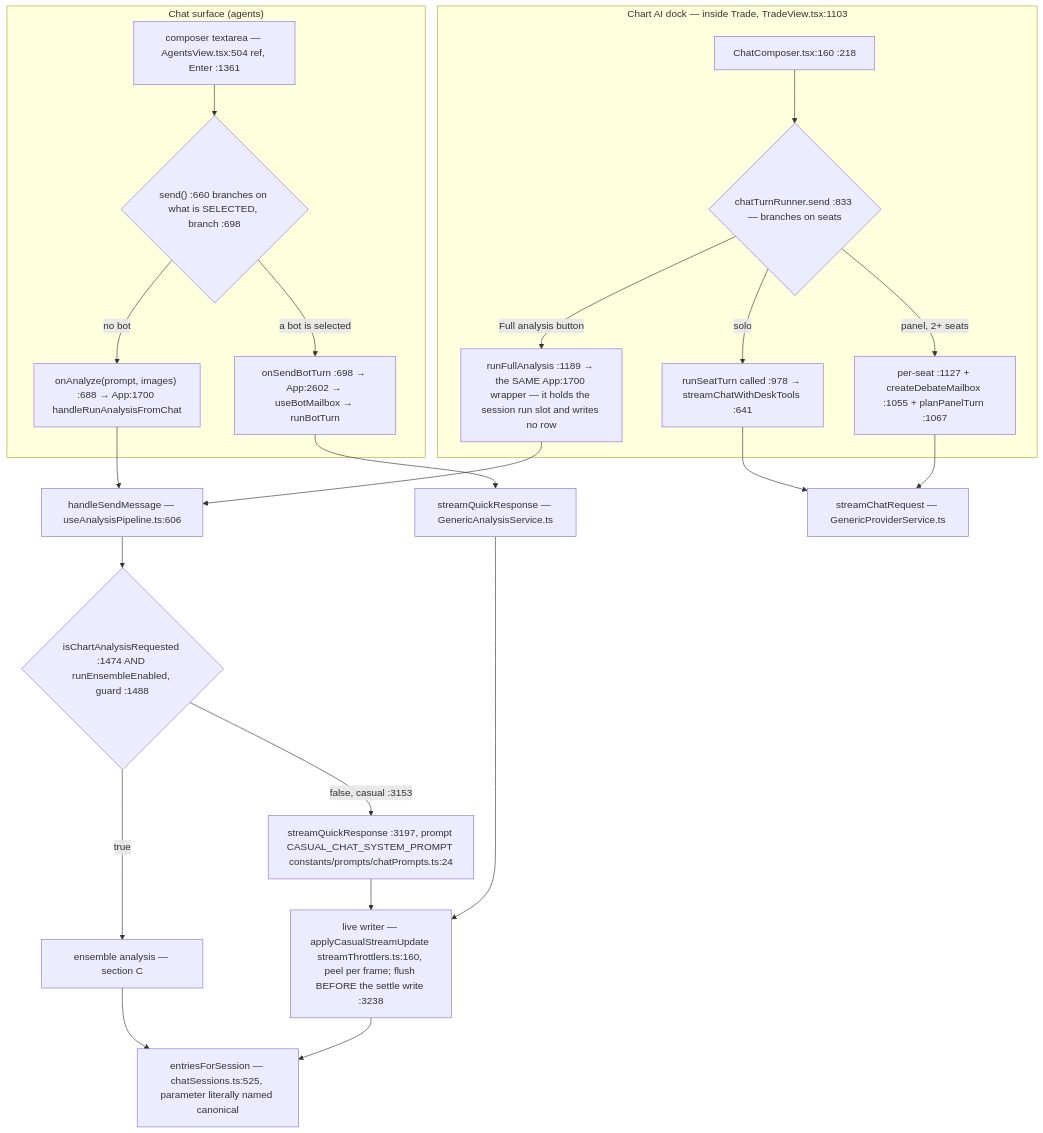
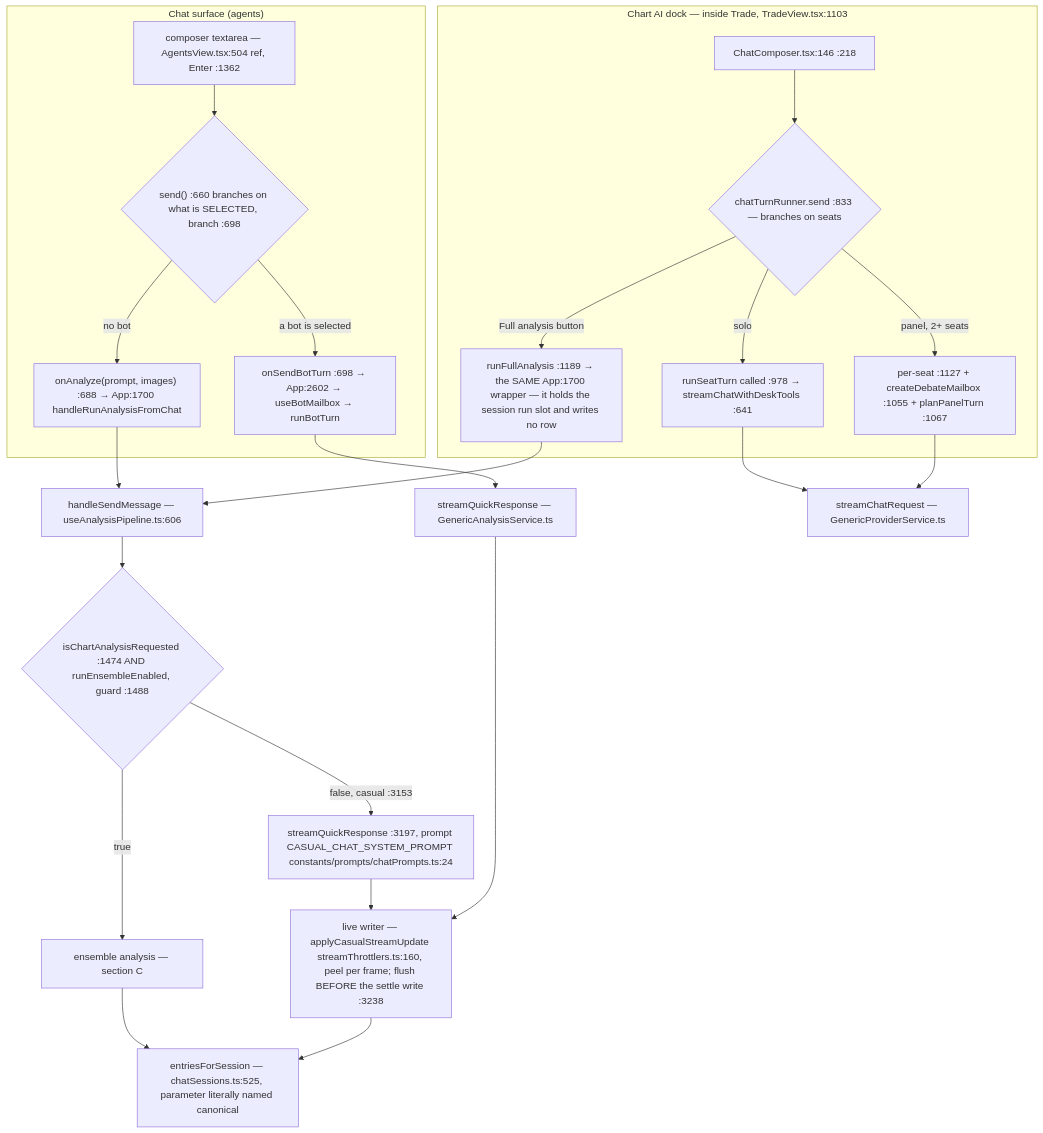
Before and after one commit to Acepay25/august-3.5: the second of 7 diagrams in docs/app-flow.md, drawn with Mermaid. The commit also changed other lines of this file and 2 other files, not shown here.

````diff
--- a/docs/app-flow.md
+++ b/docs/app-flow.md
@@ -47,26 +47,26 @@
 ```mermaid
 flowchart TD
     subgraph CHAT["Chat surface (agents)"]
-        CB["composer textarea — AgentsView.tsx:504 ref, Enter :1361"] --> D1{"send() :660 branches on what is SELECTED, branch :698"}
+        CB["composer textarea — AgentsView.tsx:504 ref, Enter :1362"] --> D1{"send() :660 branches on what is SELECTED, branch :698"}
         D1 -->|a bot is selected| BOT["onSendBotTurn :698 → App:2602 → useBotMailbox → runBotTurn"]
         D1 -->|no bot| AN["onAnalyze(prompt, images) :688 → App:1700 handleRunAnalysisFromChat"]
     end
     subgraph DOCK["Chart AI dock — inside Trade, TradeView.tsx:1103"]
-        DC["ChatComposer.tsx:160 :218"] --> D2{"chatTurnRunner.send :833 — branches on seats"}
+        DC["ChatComposer.tsx:146 :218"] --> D2{"chatTurnRunner.send :833 — branches on seats"}
         D2 -->|solo| SO["runSeatTurn called :978 → streamChatWithDeskTools :641"]
         D2 -->|panel, 2+ seats| PN["per-seat :1127 + createDebateMailbox :1055 + planPanelTurn :1067"]
         D2 -->|Full analysis button| FA["runFullAnalysis :1189 → the SAME App:1700 wrapper — it holds the session run slot and writes no row"]
     end
     BOT --> TR["streamQuickResponse — GenericAnalysisService.ts"]
     AN --> HSM["handleSendMessage — useAnalysisPipeline.ts:606"]
     FA --> HSM
     SO --> HSM2["streamChatRequest — GenericProviderService.ts"]
     PN --> HSM2
     HSM --> D3{"isChartAnalysisRequested :1474 AND runEnsembleEnabled, guard :1488"}
     D3 -->|true| ENS["ensemble analysis — section C"]
     D3 -->|false, casual :3153| CAS["streamQuickResponse :3197, prompt CASUAL_CHAT_SYSTEM_PROMPT constants/prompts/chatPrompts.ts:24"]
     CAS --> LW["live writer — applyCasualStreamUpdate streamThrottlers.ts:160, peel per frame; flush BEFORE the settle write :3238"]
     TR --> LW
     ENS --> MERGE
     LW --> MERGE["entriesForSession — chatSessions.ts:525, parameter literally named canonical"]
 ```
````
